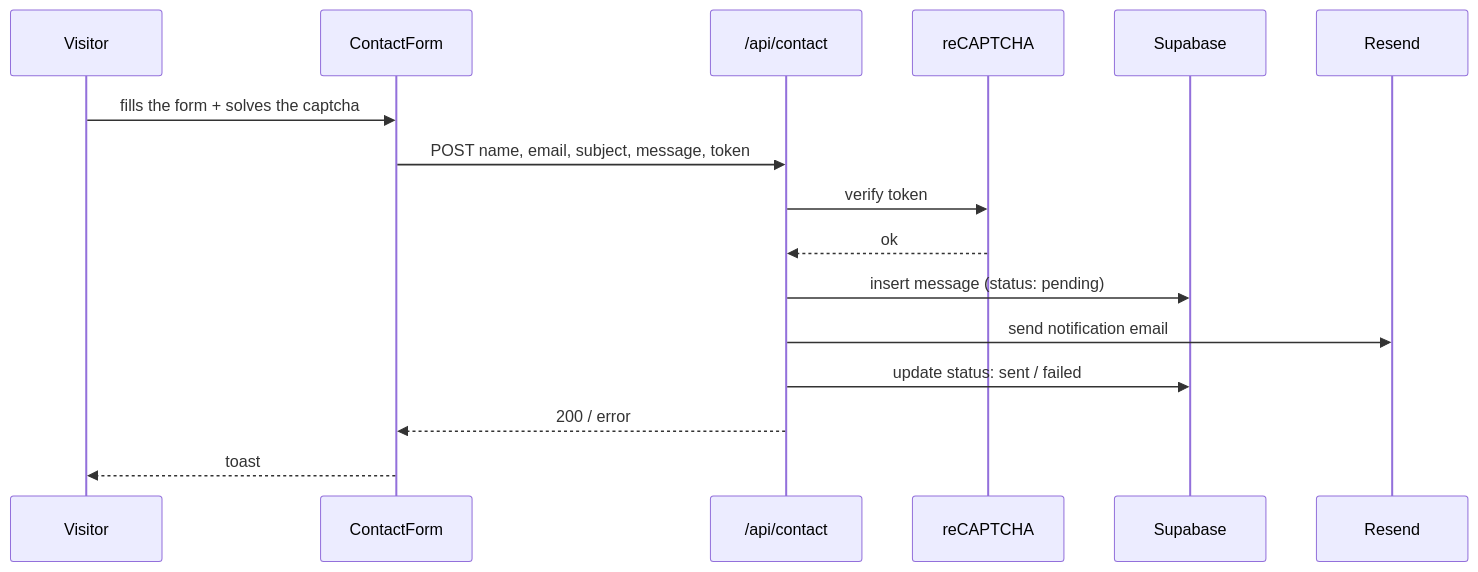
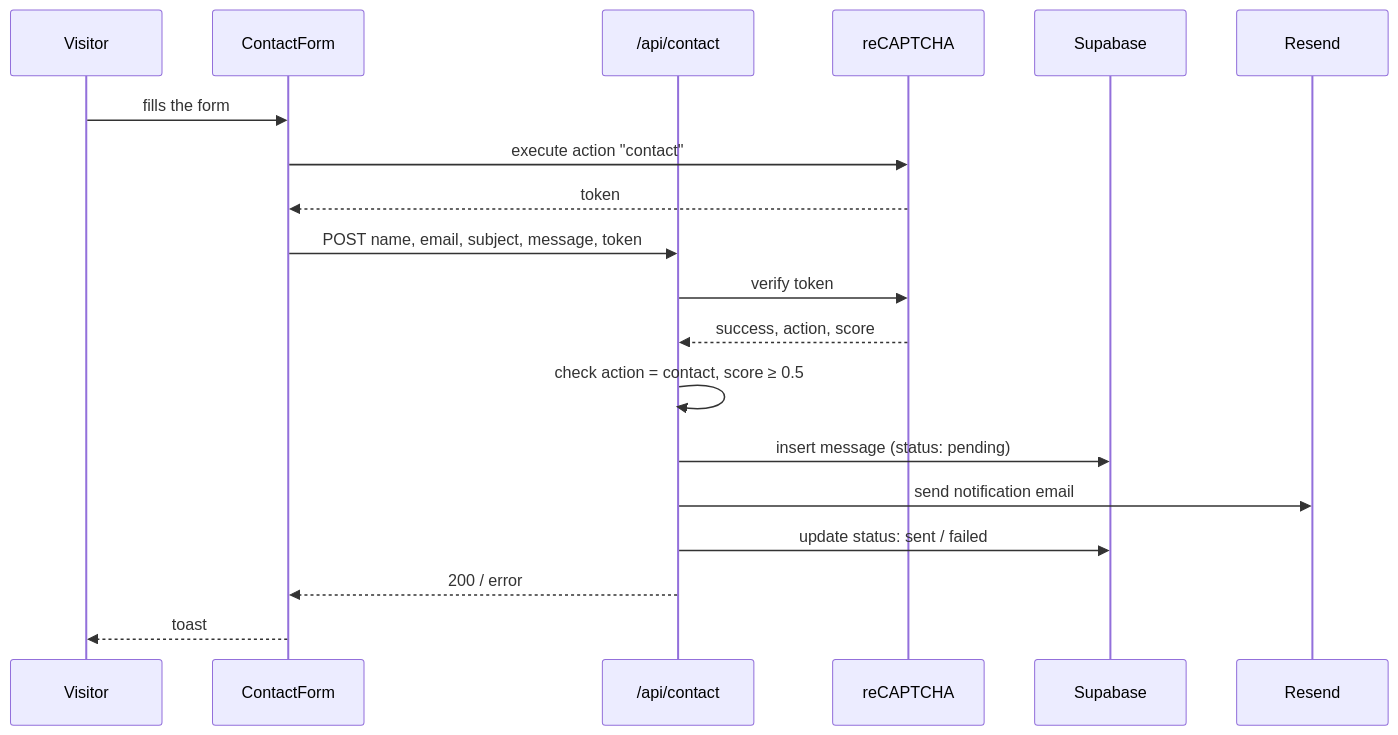
The diagram in README.md (moilolon/portfolio), drawn with Mermaid before and after one commit. The commit also changed other lines of this file and 3 other files, not shown here.

````diff
--- a/README.md
+++ b/README.md
@@ -67,19 +67,22 @@
 ```mermaid
 sequenceDiagram
     participant V as Visitor
     participant F as ContactForm
     participant A as /api/contact
     participant G as reCAPTCHA
     participant S as Supabase
     participant R as Resend
 
-    V->>F: fills the form + solves the captcha
+    V->>F: fills the form
+    F->>G: execute action "contact"
+    G-->>F: token
     F->>A: POST name, email, subject, message, token
     A->>G: verify token
-    G-->>A: ok
+    G-->>A: success, action, score
+    A->>A: check action = contact, score ≥ 0.5
     A->>S: insert message (status: pending)
     A->>R: send notification email
     A->>S: update status: sent / failed
     A-->>F: 200 / error
     F-->>V: toast
 ```
````
